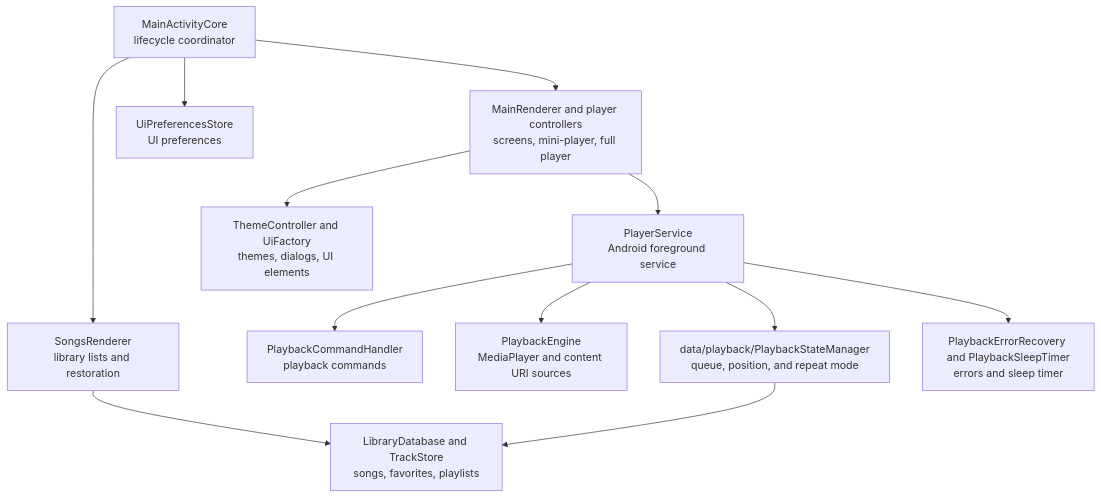
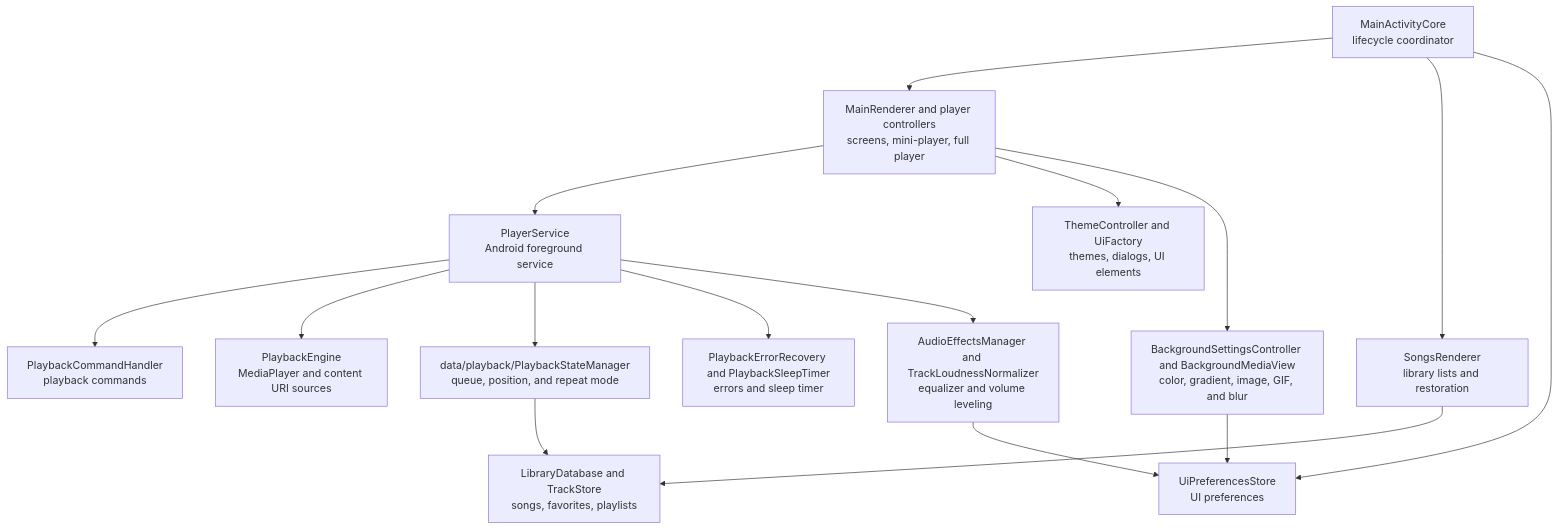
The second of 2 diagrams in README.md (dumuzeyn/MP3-player-APK), drawn with Mermaid before and after one commit. The commit also changed other lines of this file and 3 other files, not shown here.

````diff
--- a/README.md
+++ b/README.md
@@ -148,26 +164,32 @@
 ```mermaid
 flowchart TD
     ACT["MainActivityCore<br/>lifecycle coordinator"]
     UI["MainRenderer and player controllers<br/>screens, mini-player, full player"]
     SONGS["SongsRenderer<br/>library lists and restoration"]
     SERVICE["PlayerService<br/>Android foreground service"]
     COMMANDS["PlaybackCommandHandler<br/>playback commands"]
     ENGINE["PlaybackEngine<br/>MediaPlayer and content URI sources"]
     STATE["data/playback/PlaybackStateManager<br/>queue, position, and repeat mode"]
     RECOVERY["PlaybackErrorRecovery and PlaybackSleepTimer<br/>errors and sleep timer"]
     DATA["LibraryDatabase and TrackStore<br/>songs, favorites, playlists"]
     STYLE["ThemeController and UiFactory<br/>themes, dialogs, UI elements"]
+    BACKGROUND["BackgroundSettingsController and BackgroundMediaView<br/>color, gradient, image, GIF, and blur"]
+    AUDIO["AudioEffectsManager and TrackLoudnessNormalizer<br/>equalizer and volume leveling"]
     PREFS["UiPreferencesStore<br/>UI preferences"]
 
     ACT --> UI
     ACT --> SONGS
     ACT --> PREFS
     SONGS --> DATA
     UI --> SERVICE
     SERVICE --> COMMANDS
     SERVICE --> ENGINE
     SERVICE --> STATE
     SERVICE --> RECOVERY
+    SERVICE --> AUDIO
     STATE --> DATA
     UI --> STYLE
+    UI --> BACKGROUND
+    BACKGROUND --> PREFS
+    AUDIO --> PREFS
 ```
````
